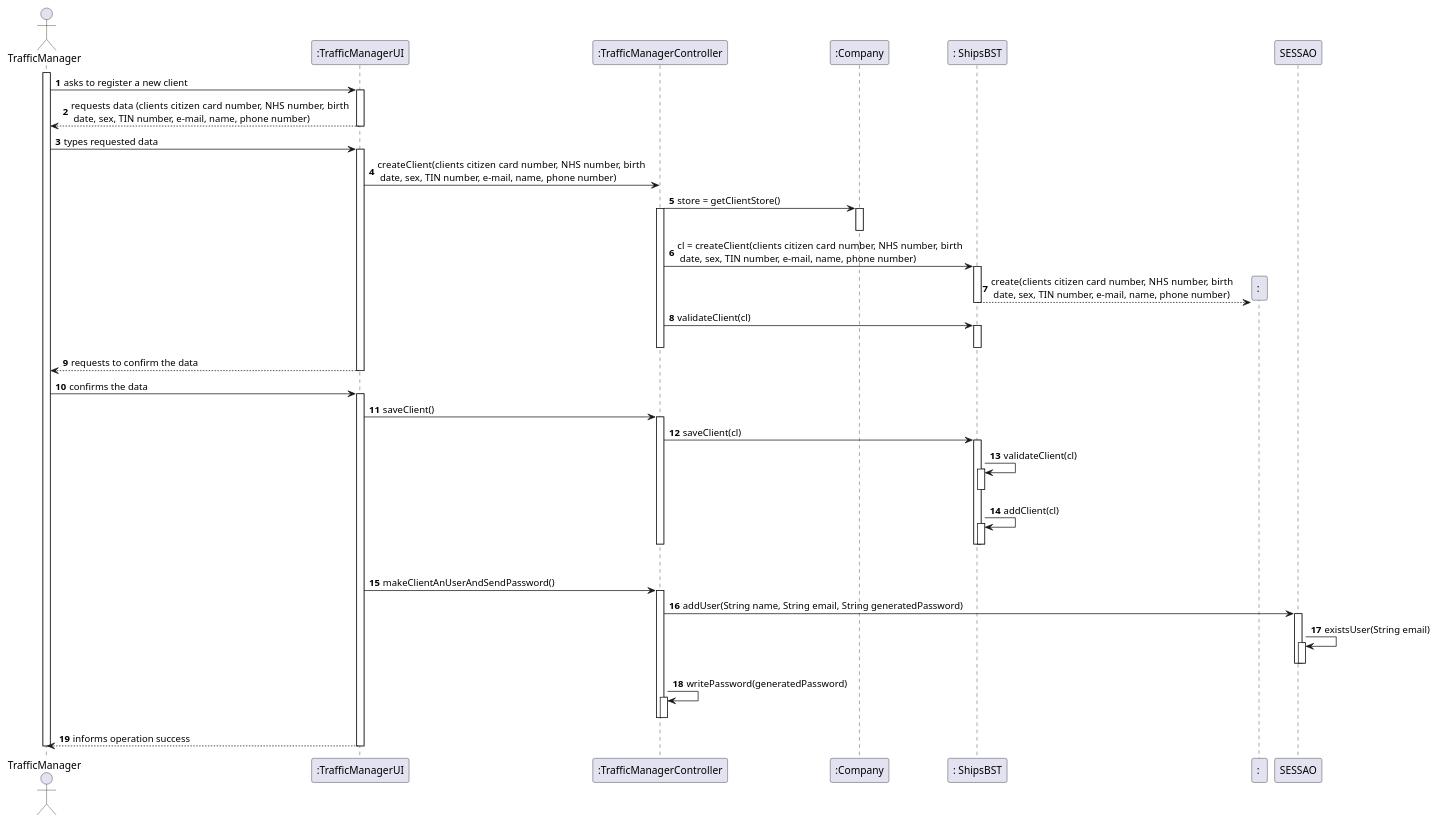
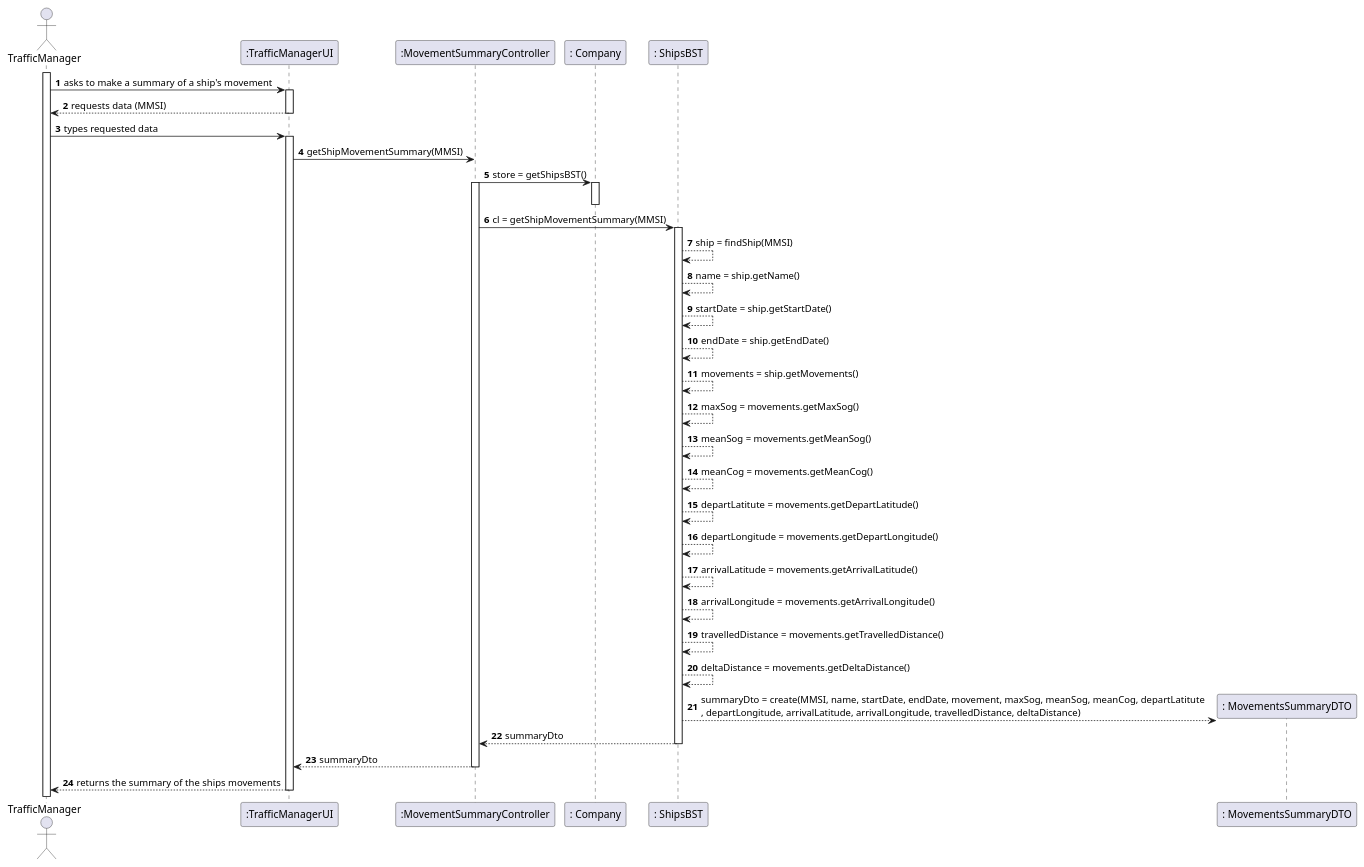
One commit to ana-albergaria/LAPR3-ISEP changed the diagram in docs/US104/SD_104.puml. Above: the diagram before and after it, drawn with PlantUML. The commit also changed 5 other files, not shown here.

Commit message:
G54-17 #time 1h 10m adding SD and start of CD in user story design

```diff
--- a/docs/US104/SD_104.puml
+++ b/docs/US104/SD_104.puml
@@ -1,88 +1,58 @@
 @startuml
 autonumber
 'hide footbox
 actor "TrafficManager" as RC
 
 participant ":TrafficManagerUI" as UI
-participant ":TrafficManagerController" as CTRL
-participant ":Company" as CP
+participant ":MovementSummaryController" as CTRL
+participant ": Company" as CP
 participant ": ShipsBST" as CS
-participant ": " as CL
+participant ": MovementsSummaryDTO" as CL
 
 
 activate RC
-RC -> UI : asks to register a new client
+RC -> UI : asks to make a summary of a ship's movement
 activate UI
-UI --> RC : requests data (clients citizen card number, NHS number,  birth \n date, sex, TIN number, e-mail, name, phone number)
+UI --> RC : requests data (MMSI)
 deactivate UI
 
 RC -> UI : types requested data
 activate UI
 
-UI -> CTRL : createClient(clients citizen card number, NHS number,  birth \n date, sex, TIN number, e-mail, name, phone number)
+UI -> CTRL : getShipMovementSummary(MMSI)
 
-CTRL -> CP : store = getClientStore()
+CTRL -> CP : store = getShipsBST()
 activate CP
 deactivate CP
 activate CTRL
-CTRL -> CS : cl = createClient(clients citizen card number, NHS number,  birth \n date, sex, TIN number, e-mail, name, phone number)
+CTRL -> CS : cl = getShipMovementSummary(MMSI)
 activate CS
-CS -->  CL** : create(clients citizen card number, NHS number,  birth \n date, sex, TIN number, e-mail, name, phone number)
+CS --> CS : ship = findShip(MMSI)
+CS --> CS : name = ship.getName()
+CS --> CS : startDate = ship.getStartDate()
+CS --> CS : endDate = ship.getEndDate()
+CS --> CS : movements = ship.getMovements()
+CS --> CS : maxSog = movements.getMaxSog()
+CS --> CS : meanSog = movements.getMeanSog()
+CS --> CS : meanCog = movements.getMeanCog()
+CS --> CS : departLatitute = movements.getDepartLatitude()
+CS --> CS : departLongitude = movements.getDepartLongitude()
+CS --> CS : arrivalLatitude = movements.getArrivalLatitude()
+CS --> CS : arrivalLongitude = movements.getArrivalLongitude()
+CS --> CS : travelledDistance = movements.getTravelledDistance()
+CS --> CS : deltaDistance = movements.getDeltaDistance()
+
+
+CS -->  CL** : summaryDto = create(MMSI, name, startDate, endDate, movement, maxSog, meanSog, meanCog, departLatitute\n, departLongitude, arrivalLatitude, arrivalLongitude, travelledDistance, deltaDistance)
+deactivate CL
+CS --> CTRL : summaryDto
 deactivate CS
-
-CTRL -> CS : validateClient(cl)
-activate CS
-
-deactivate CS
+CTRL --> UI : summaryDto
 deactivate CTRL
 
-UI --> RC : requests to confirm the data
+UI --> RC : returns the summary of the ships movements
 deactivate CS
 deactivate UI
 
-RC -> UI : confirms the data
-activate UI
-
-UI -> CTRL : saveClient()
-activate CTRL
-
-CTRL -> CS : saveClient(cl)
-activate CS
-CS -> CS : validateClient(cl)
-activate CS
-deactivate CS
-CS -> CS : addClient(cl)
-activate CS
-deactivate CS
-|||
-deactivate CS
-deactivate CTRL
-UI -> CTRL : makeClientAnUserAndSendPassword()
-activate CTRL
-
-CTRL -> SESSAO : addUser(String name, String email, String generatedPassword)
-activate SESSAO
-SESSAO -> SESSAO : existsUser(String email)
-activate SESSAO
-deactivate SESSAO
-deactivate SESSAO
-
-CTRL -> CTRL : writePassword(generatedPassword)
-activate CTRL
-deactivate CTRL
-deactivate CTRL
-
-UI --> RC: informs operation success
-
-deactivate CP
-deactivate CTRL
-deactivate UI
-
-
-
-deactivate CTRL
-deactivate UI
-
-deactivate RC
 
 @enduml
```
